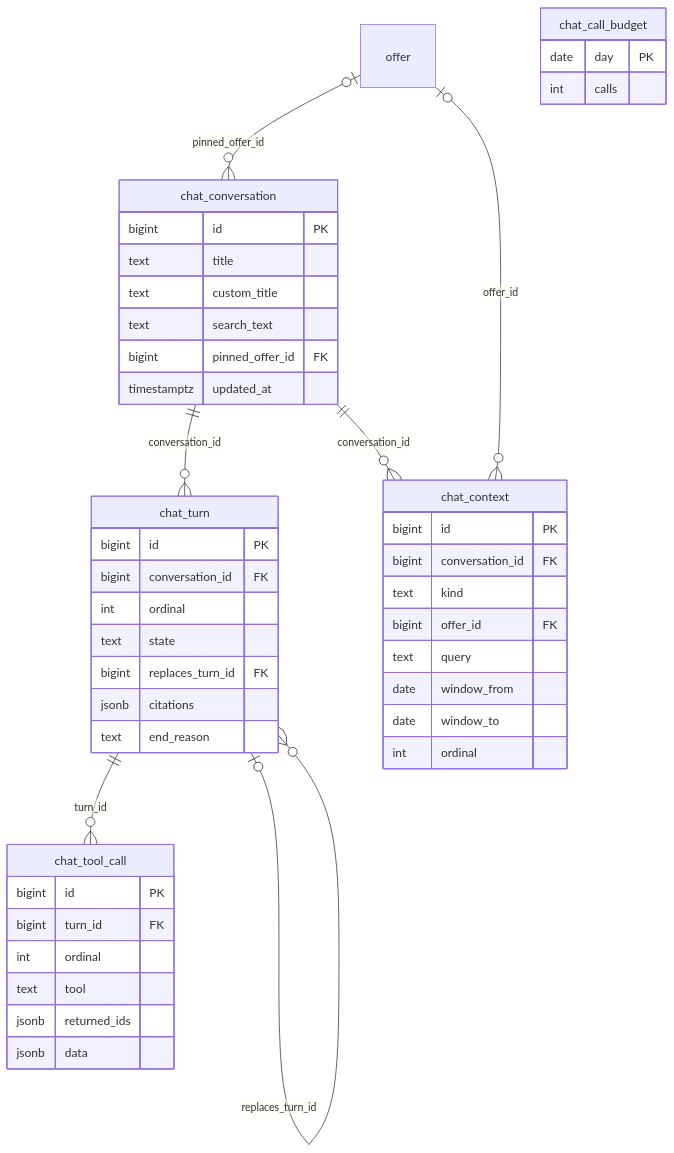
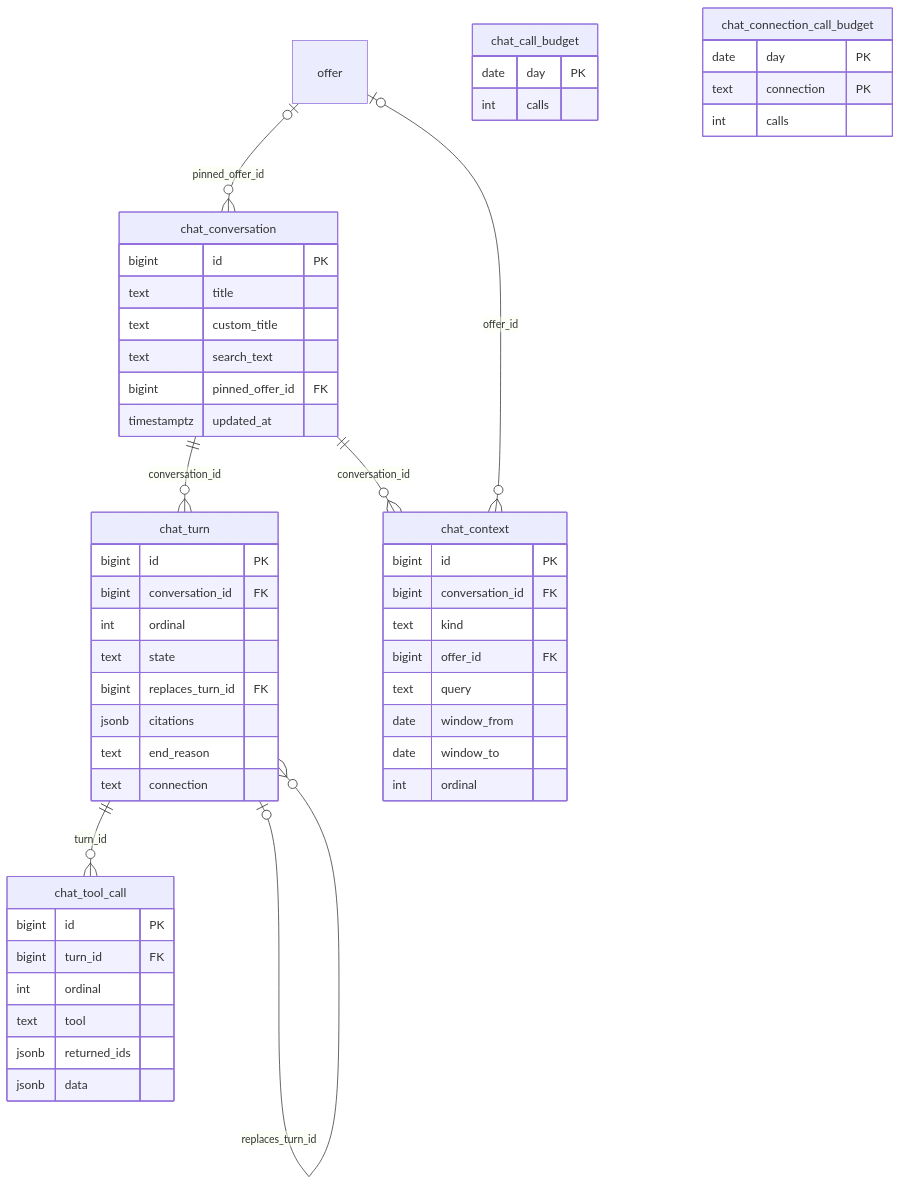
Before and after one commit to codeministry/leadgen: the second of 2 diagrams in docs/DATA-MODEL.md, drawn with Mermaid. The commit also changed other lines of this file and 28 other files, not shown here.

````diff
--- a/docs/DATA-MODEL.md
+++ b/docs/DATA-MODEL.md
@@ -393,48 +393,54 @@
 ```mermaid
 erDiagram
     chat_conversation ||--o{ chat_turn : "conversation_id"
     chat_turn ||--o{ chat_tool_call : "turn_id"
     chat_turn o|--o{ chat_turn : "replaces_turn_id"
     chat_conversation ||--o{ chat_context : "conversation_id"
     offer |o--o{ chat_conversation : "pinned_offer_id"
     offer |o--o{ chat_context : "offer_id"
     chat_conversation {
         bigint id PK
         text title
         text custom_title
         text search_text
         bigint pinned_offer_id FK
         timestamptz updated_at
     }
     chat_context {
         bigint id PK
         bigint conversation_id FK
         text kind
         bigint offer_id FK
         text query
         date window_from
         date window_to
         int ordinal
     }
     chat_turn {
         bigint id PK
         bigint conversation_id FK
         int ordinal
         text state
         bigint replaces_turn_id FK
         jsonb citations
         text end_reason
+        text connection
     }
     chat_tool_call {
         bigint id PK
         bigint turn_id FK
         int ordinal
         text tool
         jsonb returned_ids
         jsonb data
     }
     chat_call_budget {
         date day PK
         int calls
     }
+    chat_connection_call_budget {
+        date day PK
+        text connection PK
+        int calls
+    }
 ```
````
